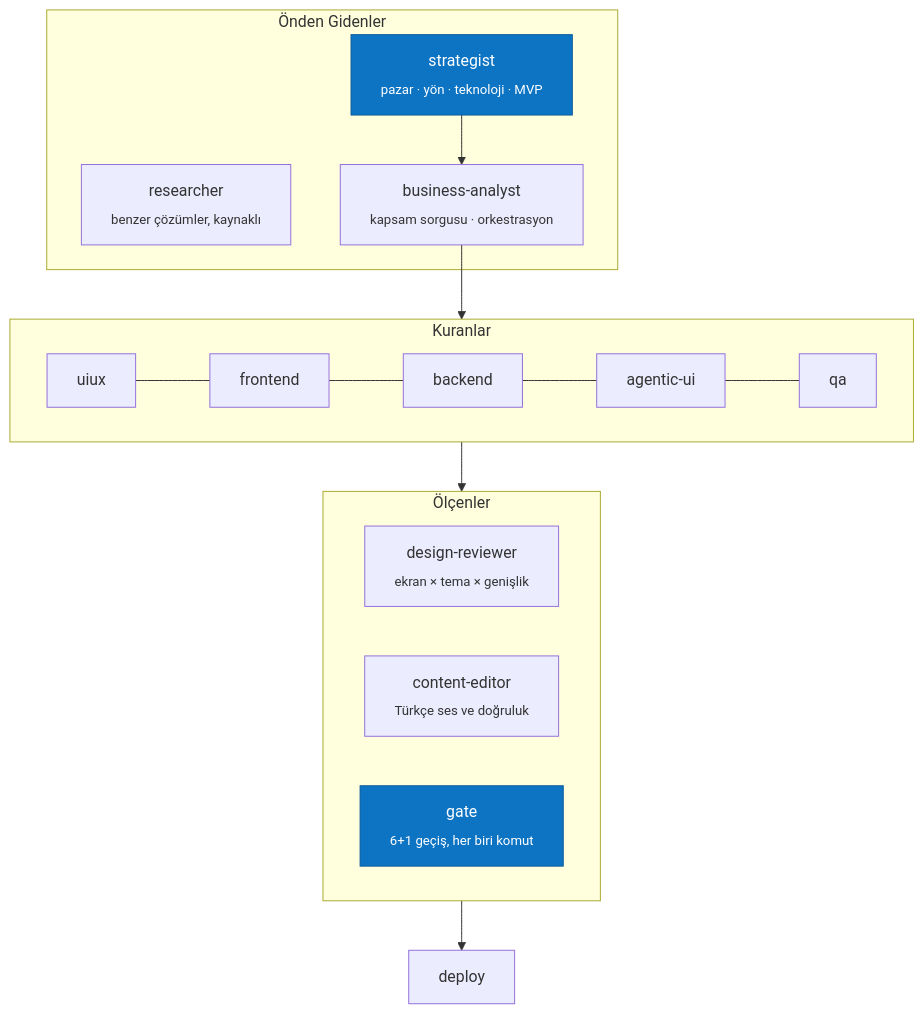
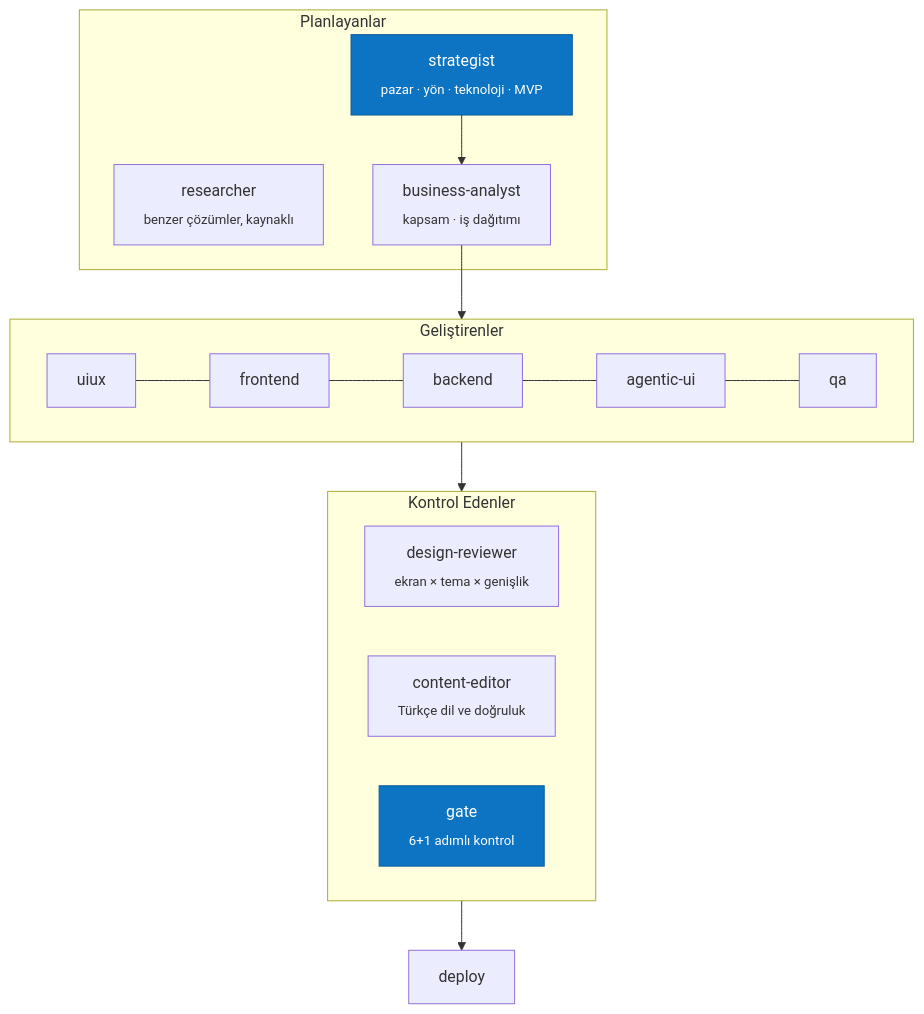
Before and after one commit to ahmetakyapi/dev-starter: the second of 2 diagrams in README.md, drawn with Mermaid. The commit also changed other lines of this file and 6 other files, not shown here.

````diff
--- a/README.md
+++ b/README.md
@@ -209,21 +233,21 @@
 ```mermaid
 flowchart TB
-    subgraph Önden["Önden Gidenler"]
+    subgraph Plan["Planlayanlar"]
         ST["strategist<br/><sub>pazar · yön · teknoloji · MVP</sub>"]
         RS["researcher<br/><sub>benzer çözümler, kaynaklı</sub>"]
-        BA["business-analyst<br/><sub>kapsam sorgusu · orkestrasyon</sub>"]
+        BA["business-analyst<br/><sub>kapsam · iş dağıtımı</sub>"]
     end
-    subgraph Kuranlar["Kuranlar"]
+    subgraph Kuranlar["Geliştirenler"]
         UX["uiux"] --- FE["frontend"] --- BE["backend"] --- AG["agentic-ui"] --- QA["qa"]
     end
-    subgraph Ölçenler["Ölçenler"]
+    subgraph Ölçenler["Kontrol Edenler"]
         DR["design-reviewer<br/><sub>ekran × tema × genişlik</sub>"]
-        CE["content-editor<br/><sub>Türkçe ses ve doğruluk</sub>"]
-        GT["gate<br/><sub>6+1 geçiş, her biri komut</sub>"]
+        CE["content-editor<br/><sub>Türkçe dil ve doğruluk</sub>"]
+        GT["gate<br/><sub>6+1 adımlı kontrol</sub>"]
     end
     DP["deploy"]
     ST --> BA --> Kuranlar --> Ölçenler --> DP
 
     classDef lead fill:#0d74c4,stroke:#0a5a9a,color:#fff
     class ST,GT lead
 ```
````
